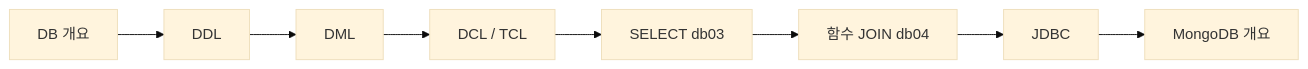
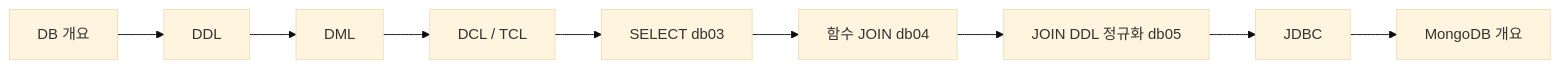
One commit to metaapple/kb7-db changed the first of 10 diagrams in README.md. Above: the diagram before and after it, drawn with Mermaid (base theme). The commit also changed other lines of this file and 3 other files, not shown here.

````diff
--- a/README.md
+++ b/README.md
@@ -9,10 +9,11 @@
 ```mermaid
 flowchart LR
     A[DB 개요] --> B[DDL]
     B --> C[DML]
     C --> D["DCL / TCL"]
     D --> E["SELECT db03"]
     E --> F["함수 JOIN db04"]
-    F --> G[JDBC]
+    F --> F5["JOIN DDL 정규화 db05"]
+    F5 --> G[JDBC]
     G --> H[MongoDB 개요]
 ```
````
